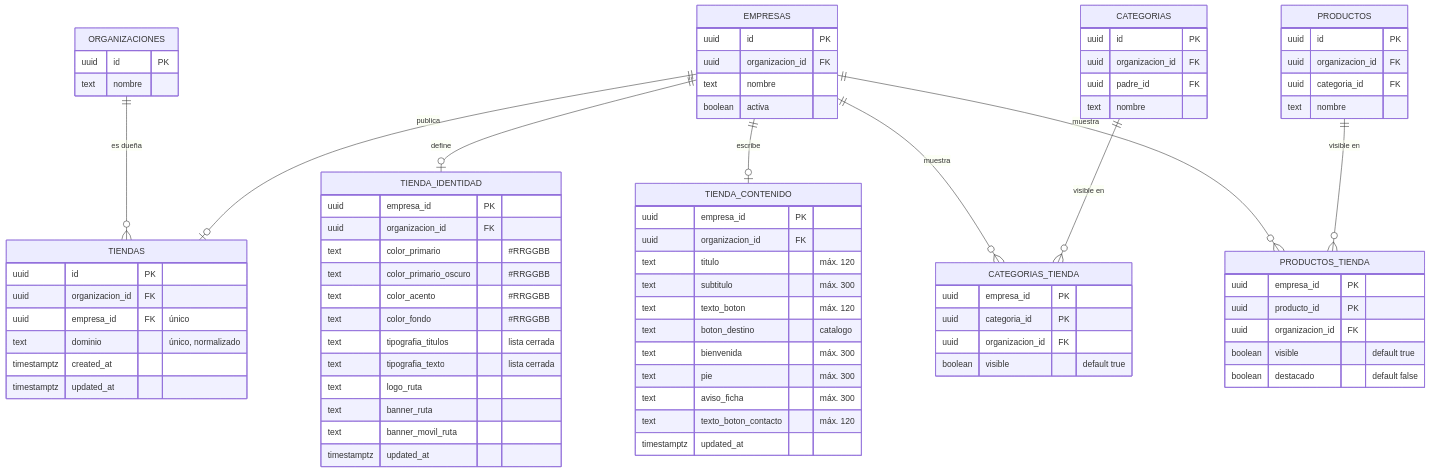
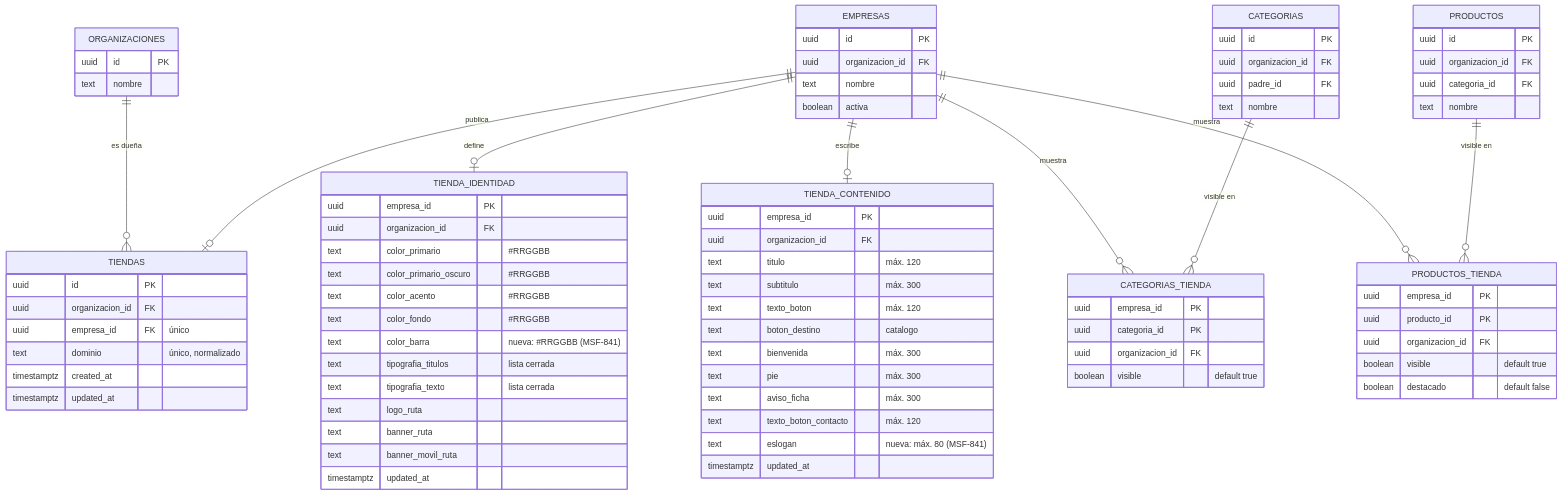
The fifth of 48 diagrams in docs/tecnico/datos.md (nicolasjones/multistorefront-meli), drawn with Mermaid before and after one commit. The commit also changed other lines of this file and 12 other files, not shown here.

````diff
--- a/docs/tecnico/datos.md
+++ b/docs/tecnico/datos.md
@@ -231,64 +231,66 @@
 ```mermaid
 erDiagram
   ORGANIZACIONES ||--o{ TIENDAS : "es dueña"
   EMPRESAS ||--o| TIENDAS : "publica"
   EMPRESAS ||--o| TIENDA_IDENTIDAD : "define"
   EMPRESAS ||--o| TIENDA_CONTENIDO : "escribe"
   EMPRESAS ||--o{ CATEGORIAS_TIENDA : "muestra"
   CATEGORIAS ||--o{ CATEGORIAS_TIENDA : "visible en"
   EMPRESAS ||--o{ PRODUCTOS_TIENDA : "muestra"
   PRODUCTOS ||--o{ PRODUCTOS_TIENDA : "visible en"
 
   TIENDAS { uuid id PK
     uuid organizacion_id FK
     uuid empresa_id FK "único"
     text dominio "único, normalizado"
     timestamptz created_at
     timestamptz updated_at }
   TIENDA_IDENTIDAD { uuid empresa_id PK
     uuid organizacion_id FK
     text color_primario "#RRGGBB"
     text color_primario_oscuro "#RRGGBB"
     text color_acento "#RRGGBB"
     text color_fondo "#RRGGBB"
+    text color_barra "nueva: #RRGGBB (MSF-841)"
     text tipografia_titulos "lista cerrada"
     text tipografia_texto "lista cerrada"
     text logo_ruta
     text banner_ruta
     text banner_movil_ruta
     timestamptz updated_at }
   TIENDA_CONTENIDO { uuid empresa_id PK
     uuid organizacion_id FK
     text titulo "máx. 120"
     text subtitulo "máx. 300"
     text texto_boton "máx. 120"
     text boton_destino "catalogo"
     text bienvenida "máx. 300"
     text pie "máx. 300"
     text aviso_ficha "máx. 300"
     text texto_boton_contacto "máx. 120"
+    text eslogan "nueva: máx. 80 (MSF-841)"
     timestamptz updated_at }
   CATEGORIAS_TIENDA { uuid empresa_id PK
     uuid categoria_id PK
     uuid organizacion_id FK
     boolean visible "default true" }
   PRODUCTOS_TIENDA { uuid empresa_id PK
     uuid producto_id PK
     uuid organizacion_id FK
     boolean visible "default true"
     boolean destacado "default false" }
   EMPRESAS { uuid id PK
     uuid organizacion_id FK
     text nombre
     boolean activa }
   CATEGORIAS { uuid id PK
     uuid organizacion_id FK
     uuid padre_id FK
     text nombre }
   PRODUCTOS { uuid id PK
     uuid organizacion_id FK
     uuid categoria_id FK
     text nombre }
   ORGANIZACIONES { uuid id PK
     text nombre }
 ```
````
